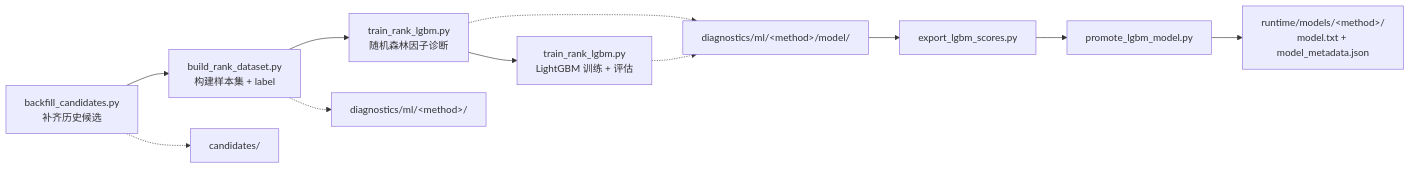
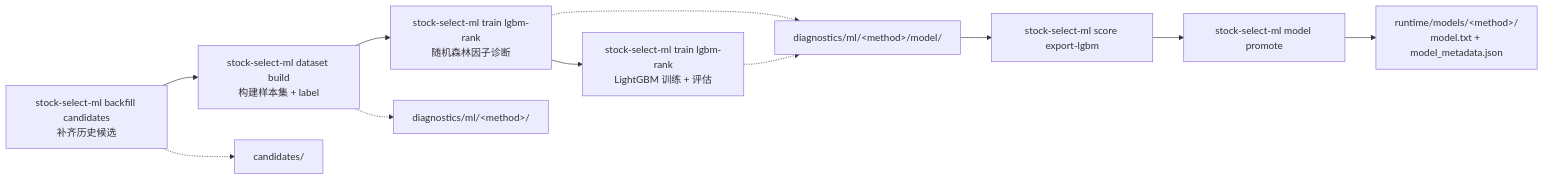
The diagram in docs/model.md (T0n0T/stock-select), drawn with Mermaid before and after one commit. The commit also changed other lines of this file and 71 other files, not shown here.

Commit message:
迁移模型维护到 stock-select-ml CLI

````diff
--- a/docs/model.md
+++ b/docs/model.md
@@ -9,15 +9,15 @@
 ```mermaid
 flowchart LR
-    BC["backfill_candidates.py<br/>补齐历史候选"] --> BD["build_rank_dataset.py<br/>构建样本集 + label"]
-    BD --> RF["train_rank_lgbm.py<br/>随机森林因子诊断"]
-    RF --> TR["train_rank_lgbm.py<br/>LightGBM 训练 + 评估"]
+    BC["stock-select-ml backfill candidates<br/>补齐历史候选"] --> BD["stock-select-ml dataset build<br/>构建样本集 + label"]
+    BD --> RF["stock-select-ml train lgbm-rank<br/>随机森林因子诊断"]
+    RF --> TR["stock-select-ml train lgbm-rank<br/>LightGBM 训练 + 评估"]
 
     BC -.-> C["candidates/"]
     BD -.-> D["diagnostics/ml/&lt;method&gt;/"]
     RF -.-> M["diagnostics/ml/&lt;method&gt;/model/"]
     TR -.-> M
 
-    M --> EXP["export_lgbm_scores.py"]
-    EXP --> PROM["promote_lgbm_model.py"]
+    M --> EXP["stock-select-ml score export-lgbm"]
+    EXP --> PROM["stock-select-ml model promote"]
     PROM --> R["runtime/models/&lt;method&gt;/<br/>model.txt + model_metadata.json"]
 ```
````
